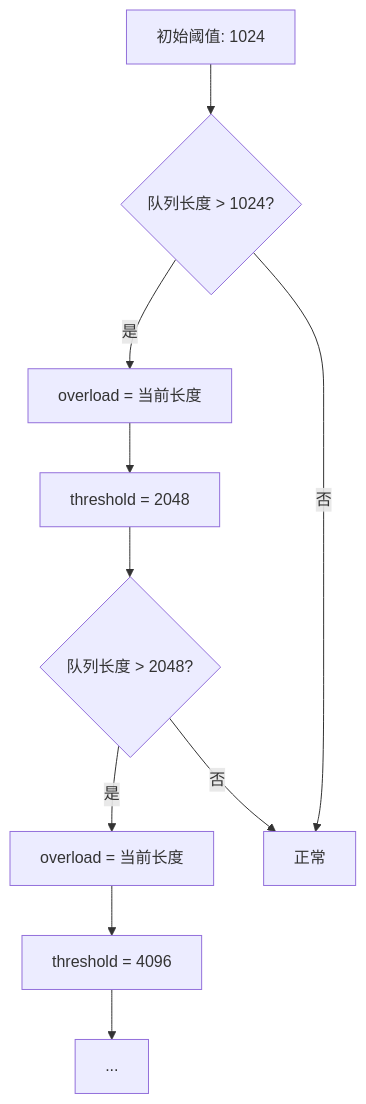
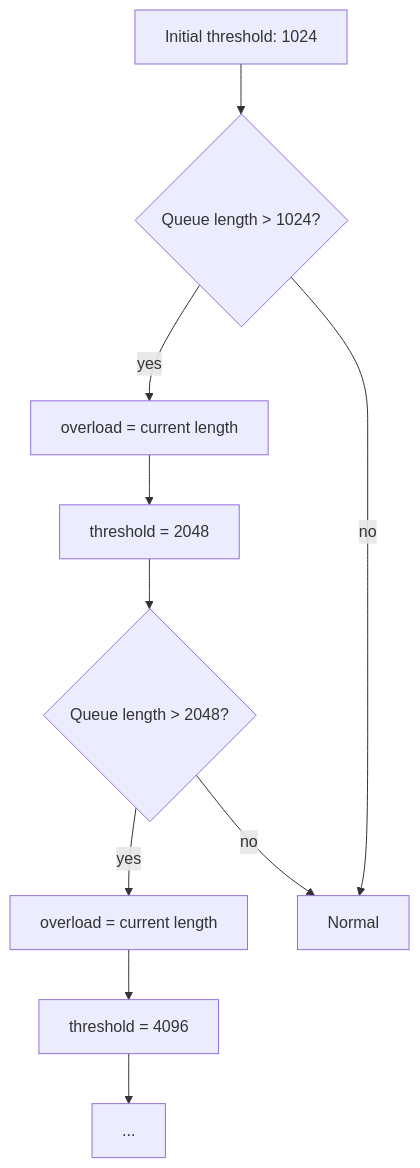
Before and after one commit to cuihairu/skynet: the sixth of 7 diagrams in docs/analysis/skynet-mq.md, drawn with Mermaid. The commit also changed other lines of this file and 86 other files, not shown here.

````diff
--- a/docs/analysis/skynet-mq.md
+++ b/docs/analysis/skynet-mq.md
@@ -428,12 +428,12 @@
 ```mermaid
 graph TD
-    A[初始阈值: 1024] --> B{队列长度 > 1024?}
-    B -->|是| C[overload = 当前长度]
+    A[Initial threshold: 1024] --> B{Queue length > 1024?}
+    B -->|yes| C[overload = current length]
     C --> D[threshold = 2048]
-    D --> E{队列长度 > 2048?}
-    E -->|是| F[overload = 当前长度]
+    D --> E{Queue length > 2048?}
+    E -->|yes| F[overload = current length]
     F --> G[threshold = 4096]
     G --> H[...]
-    B -->|否| I[正常]
-    E -->|否| I
+    B -->|no| I[Normal]
+    E -->|no| I
 ```
````
